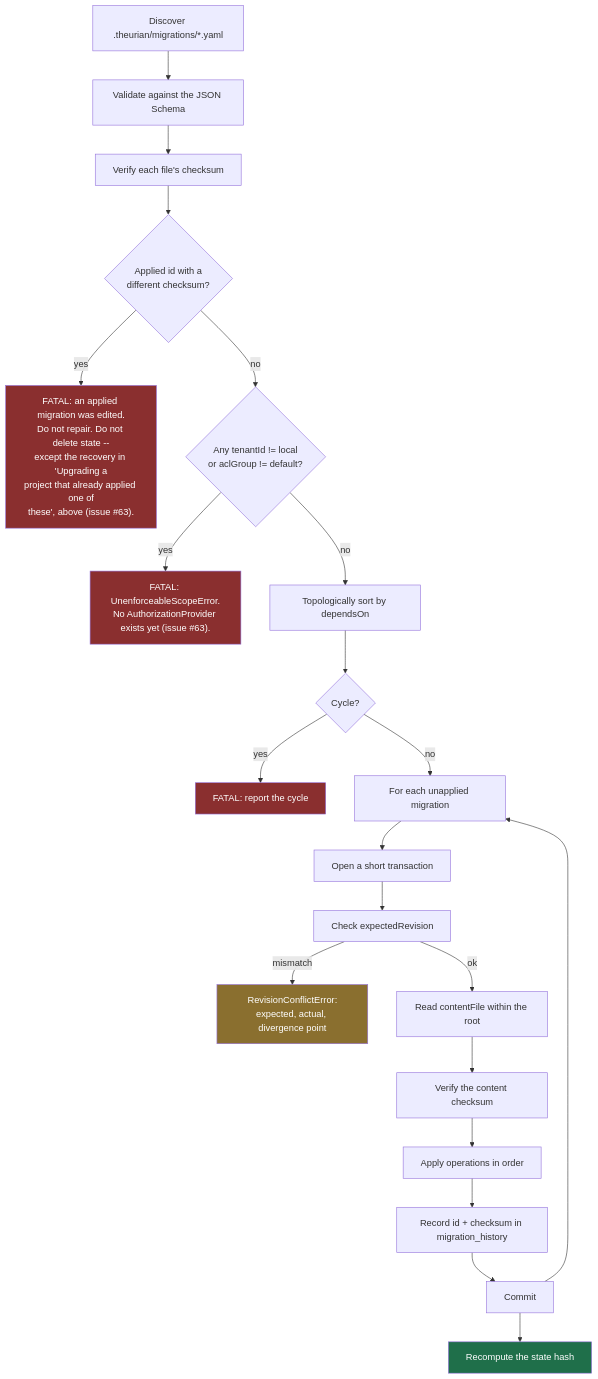
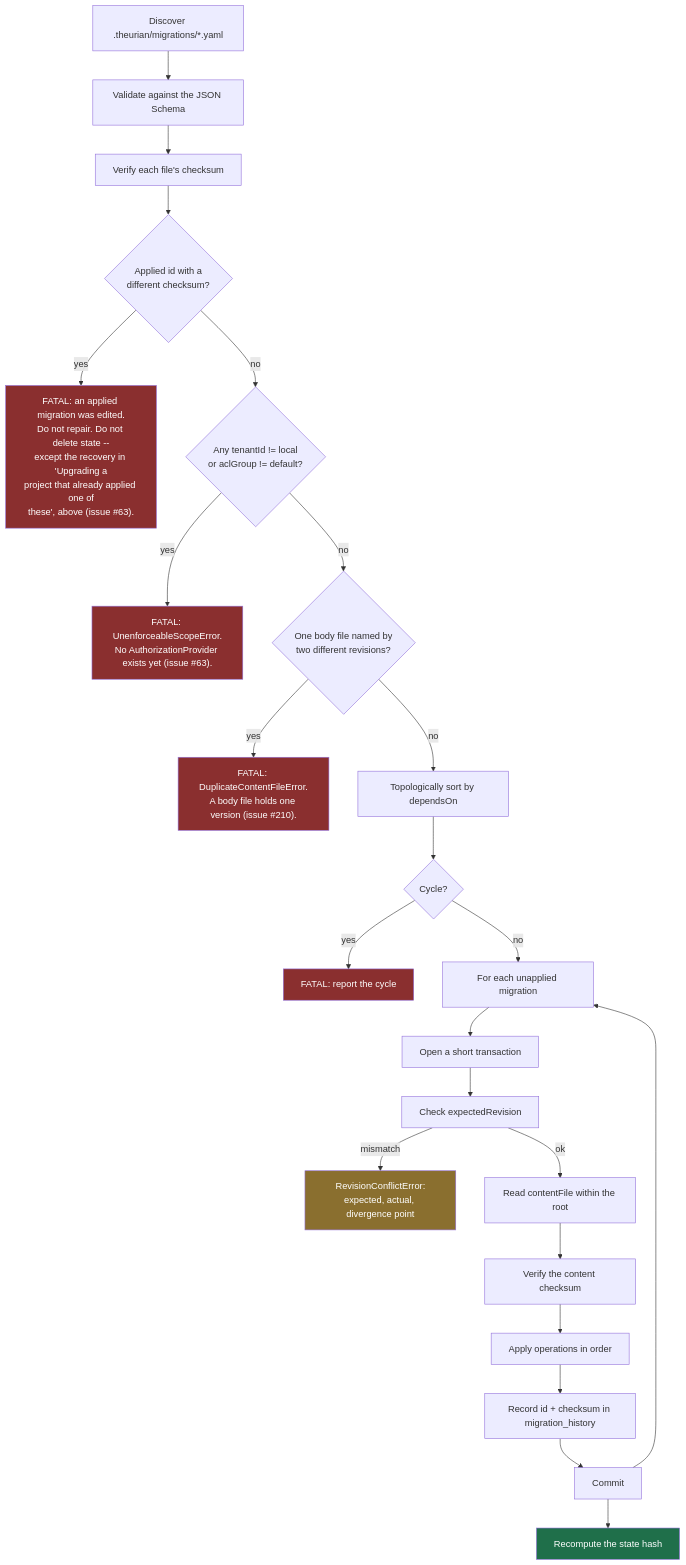
The diagram in docs/protocol/migrations.md (theurian/theurian), drawn with Mermaid before and after one commit. The commit also changed other lines of this file and 1 other file, not shown here.

First line of the commit message:
docs(protocol): document the body pin and the shared-body refusal

````diff
--- a/docs/protocol/migrations.md
+++ b/docs/protocol/migrations.md
@@ -228,29 +352,32 @@
 ```mermaid
 flowchart TD
     A["Discover .theurian/migrations/*.yaml"] --> B["Validate against the JSON Schema"]
     B --> C["Verify each file's checksum"]
     C --> D{"Applied id with a<br/>different checksum?"}
     D -->|yes| E["FATAL: an applied migration was edited.<br/>Do not repair. Do not delete state --<br/>except the recovery in 'Upgrading a<br/>project that already applied one of<br/>these', above (issue #63)."]
     D -->|no| S{"Any tenantId != local<br/>or aclGroup != default?"}
     S -->|yes| T["FATAL: UnenforceableScopeError.<br/>No AuthorizationProvider exists yet (issue #63)."]
-    S -->|no| F["Topologically sort by dependsOn"]
+    S -->|no| U{"One body file named by<br/>two different revisions?"}
+    U -->|yes| V["FATAL: DuplicateContentFileError.<br/>A body file holds one version (issue #210)."]
+    U -->|no| F["Topologically sort by dependsOn"]
     F --> G{"Cycle?"}
     G -->|yes| H["FATAL: report the cycle"]
     G -->|no| I["For each unapplied migration"]
     I --> J["Open a short transaction"]
     J --> K["Check expectedRevision"]
     K -->|mismatch| L["RevisionConflictError:<br/>expected, actual, divergence point"]
     K -->|ok| M["Read contentFile within the root"]
     M --> N["Verify the content checksum"]
     N --> O["Apply operations in order"]
     O --> P["Record id + checksum in migration_history"]
     P --> Q["Commit"]
     Q --> I
     Q --> R["Recompute the state hash"]
 
     style E fill:#8a2f2f,color:#fff
     style H fill:#8a2f2f,color:#fff
     style T fill:#8a2f2f,color:#fff
+    style V fill:#8a2f2f,color:#fff
     style L fill:#8a6f2f,color:#fff
     style R fill:#1f6f4a,color:#fff
 ```
````
